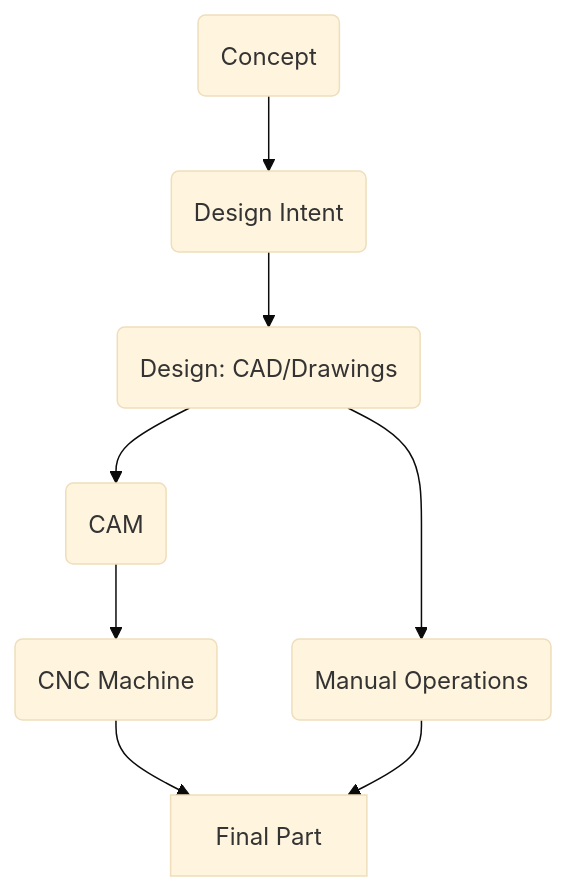
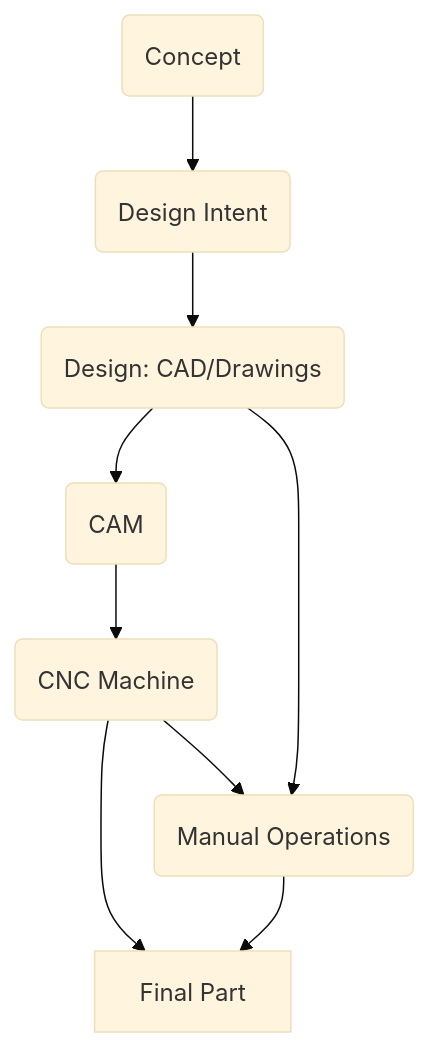
Before and after one commit to team4909/bionics-docs: the diagram in content/guides/how-parts-are-made/_index.md, drawn with Mermaid (base theme). The commit also changed other lines of this file and 22 other files, not shown here.

```diff
--- a/content/guides/how-parts-are-made/_index.md
+++ b/content/guides/how-parts-are-made/_index.md
@@ -6,11 +7,12 @@
 {{< mermaid >}}
 graph TD
     A(Concept) --> B(Design Intent)
     B --> C(Design: CAD/Drawings)
     C --> D(CAM)
     D --> E(CNC Machine)
     E --> F[Final Part]
+    E --> 1
 
     C --> 1(Manual Operations)
     1 --> F
 {{< /mermaid >}}
```
